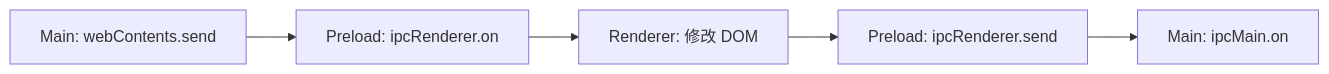
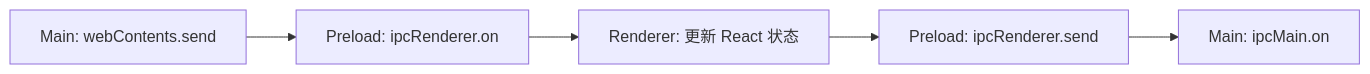
The diagram in docs/implementation/impl_ipc_counter.md (shiyuchenqirui-hash/my-electron-app), drawn with Mermaid before and after one commit. The commit also changed other lines of this file and 35 other files, not shown here.

````diff
--- a/docs/implementation/impl_ipc_counter.md
+++ b/docs/implementation/impl_ipc_counter.md
@@ -35,7 +35,7 @@
 ```mermaid
 flowchart LR
     MainSend["Main: webContents.send"] --> PreloadReceive["Preload: ipcRenderer.on"]
-    PreloadReceive --> Page["Renderer: 修改 DOM"]
+    PreloadReceive --> Page["Renderer: 更新 React 状态"]
     Page --> PreloadSend["Preload: ipcRenderer.send"]
     PreloadSend --> MainReceive["Main: ipcMain.on"]
 ```
````
